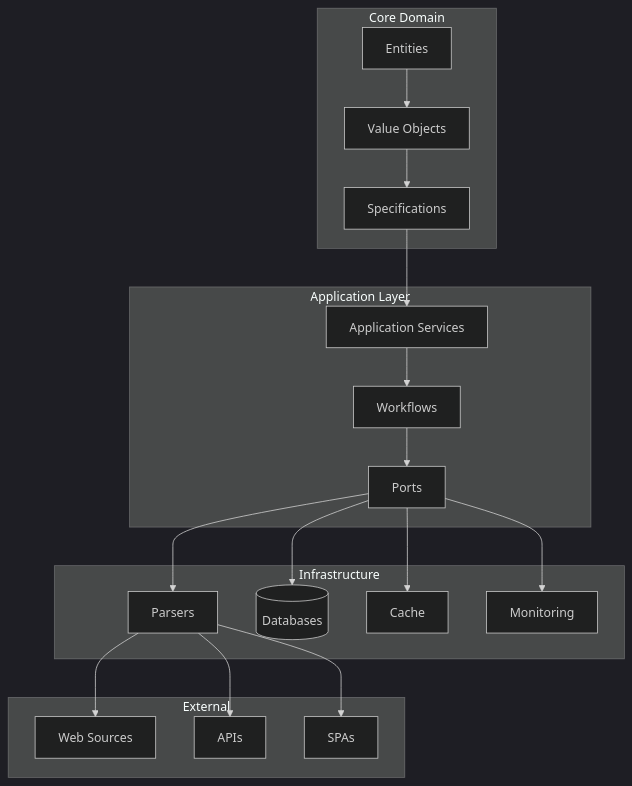
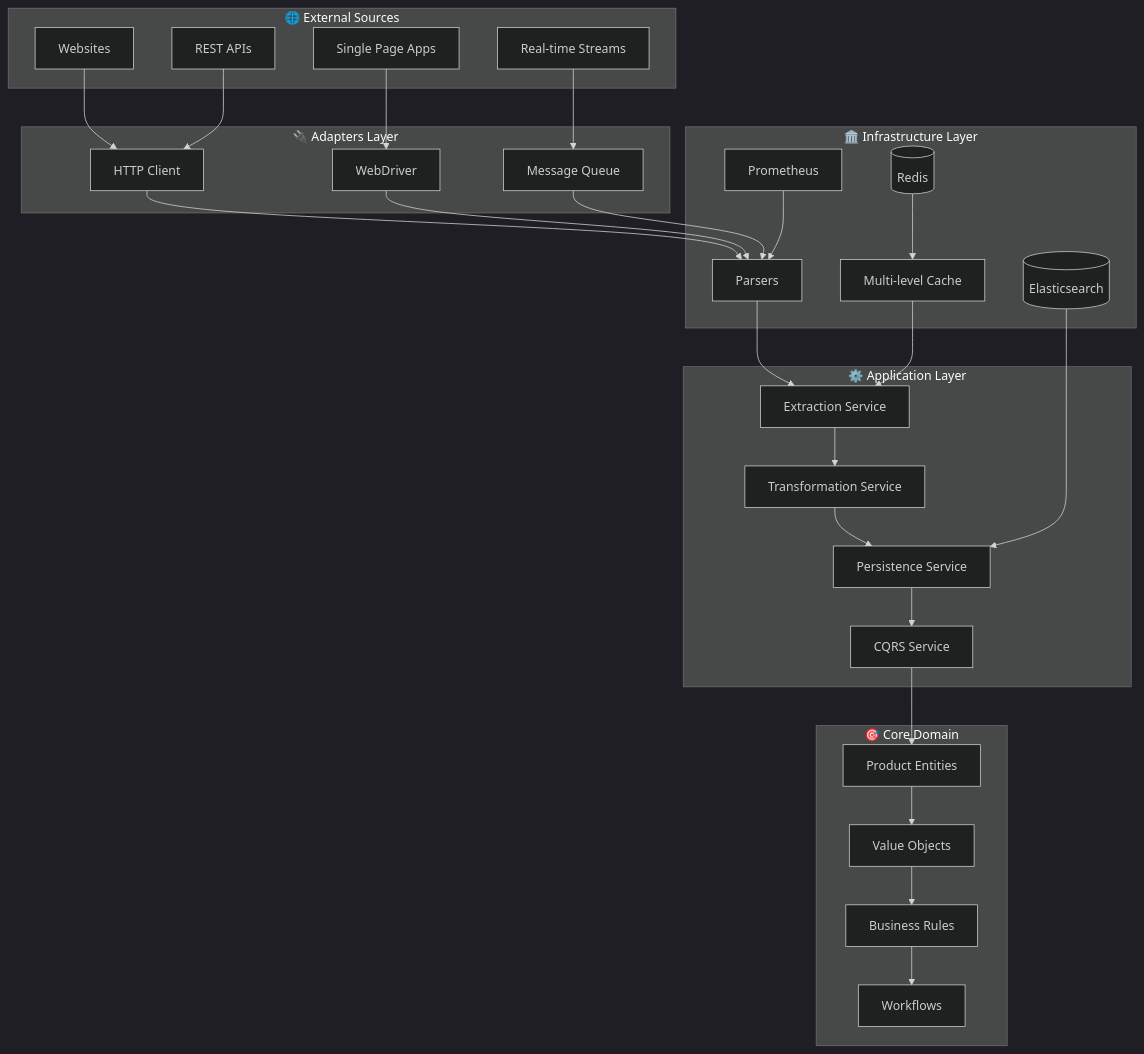
One commit to TensorScholar/data-acquisition-framework changed the diagram in README.md. Above: the diagram before and after it, drawn with Mermaid (dark theme). The commit also changed other lines of this file, not shown here.

Commit message:
docs: Improve architecture diagram and clean up footer
- Enhanced Mermaid diagram with detailed layer visualization
- Added emojis and better component names for clarity
- Showed complete data flow from external sources to core domain
- Removed footer section with star/bug/feature links
- Made diagram more professional and informative

````diff
--- a/README.md
+++ b/README.md
@@ -12,26 +12,61 @@
 ```mermaid
 graph TB
-    subgraph "Core Domain"
-        E[Entities] --> VO[Value Objects]
-        VO --> S[Specifications]
+    subgraph "🌐 External Sources"
+        WEB[Websites]
+        API[REST APIs]
+        SPA[Single Page Apps]
+        STREAM[Real-time Streams]
     end
     
-    subgraph "Application Layer"
-        S --> AS[Application Services]
-        AS --> W[Workflows]
-        W --> P[Ports]
+    subgraph "🔌 Adapters Layer"
+        HTTP[HTTP Client]
+        SEL[WebDriver]
+        QUEUE[Message Queue]
     end
     
-    subgraph "Infrastructure"
-        P --> PA[Parsers]
-        P --> DB[(Databases)]
-        P --> C[Cache]
-        P --> M[Monitoring]
+    subgraph "🏛️ Infrastructure Layer"
+        PARSE[Parsers]
+        CACHE[Multi-level Cache]
+        DB[(Elasticsearch)]
+        REDIS[(Redis)]
+        MONITOR[Prometheus]
     end
     
-    subgraph "External"
-        PA --> WEB[Web Sources]
-        PA --> API[APIs]
-        PA --> SPA[SPAs]
+    subgraph "⚙️ Application Layer"
+        EXTRACT[Extraction Service]
+        TRANSFORM[Transformation Service]
+        PERSIST[Persistence Service]
+        CQRS[CQRS Service]
     end
+    
+    subgraph "🎯 Core Domain"
+        ENTITIES[Product Entities]
+        VALUE_OBJ[Value Objects]
+        SPECS[Business Rules]
+        WORKFLOWS[Workflows]
+    end
+    
+    WEB --> HTTP
+    API --> HTTP
+    SPA --> SEL
+    STREAM --> QUEUE
+    
+    HTTP --> PARSE
+    SEL --> PARSE
+    QUEUE --> PARSE
+    
+    PARSE --> EXTRACT
+    EXTRACT --> TRANSFORM
+    TRANSFORM --> PERSIST
+    PERSIST --> CQRS
+    
+    CQRS --> ENTITIES
+    ENTITIES --> VALUE_OBJ
+    VALUE_OBJ --> SPECS
+    SPECS --> WORKFLOWS
+    
+    CACHE --> EXTRACT
+    DB --> PERSIST
+    REDIS --> CACHE
+    MONITOR --> PARSE
 ```
````
